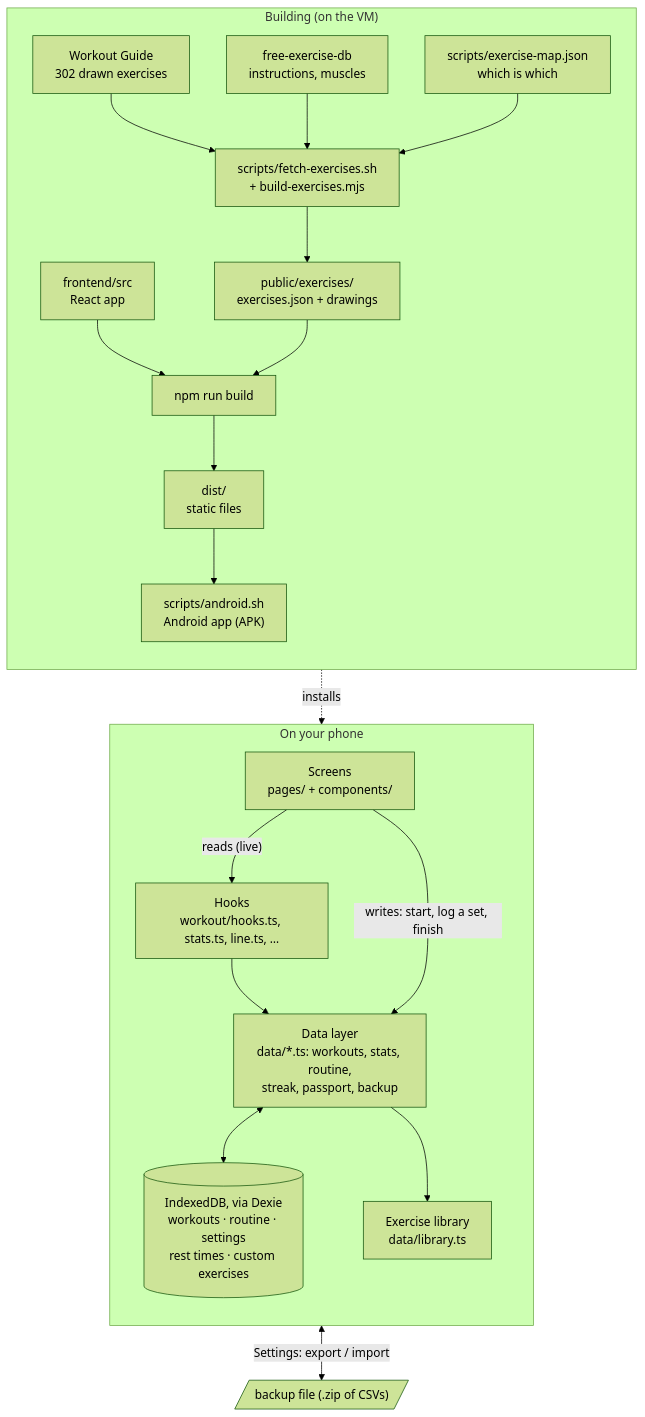
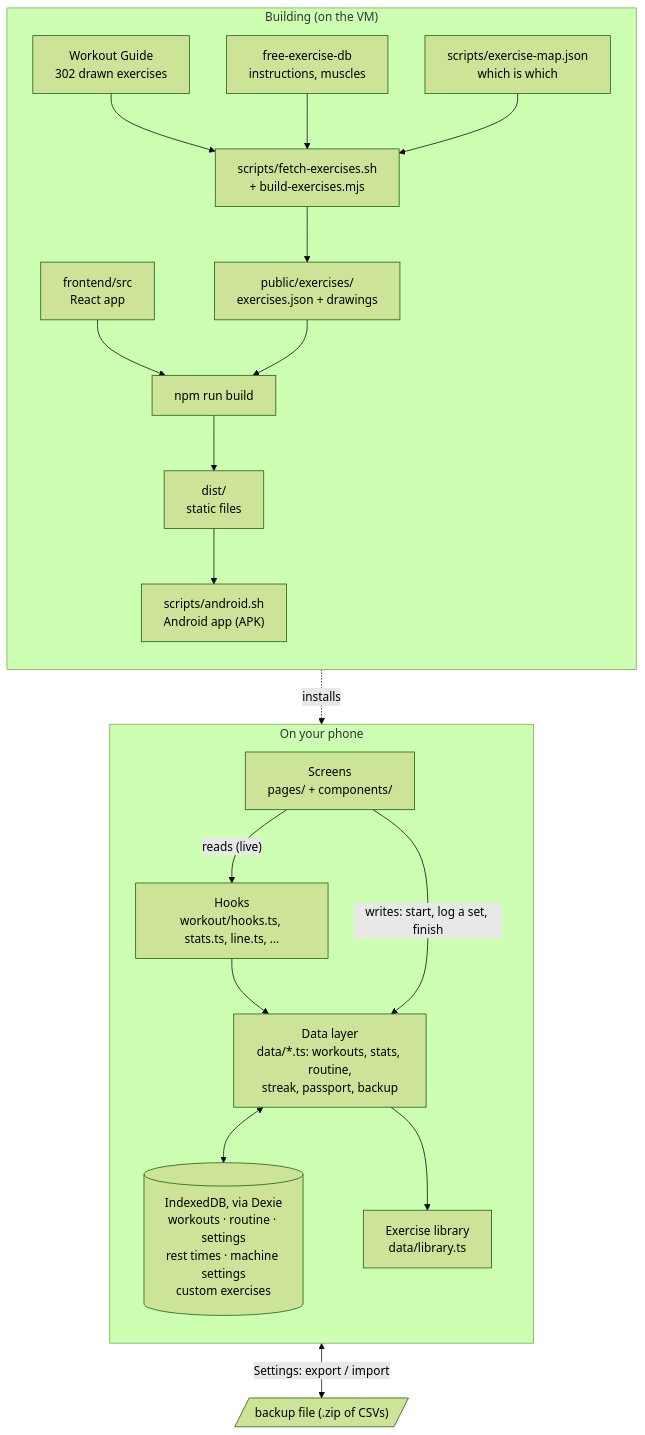
The first of 3 diagrams in docs/how-it-works.md (Wijnandvdm/gains-train), drawn with Mermaid (forest theme) before and after one commit. The commit also changed 15 other files, not shown here.

Commit message:
added machine settings per exercise

````diff
--- a/docs/how-it-works.md
+++ b/docs/how-it-works.md
@@ -11,31 +11,31 @@
 ```mermaid
 flowchart TB
   subgraph build["Building (on the VM)"]
     direction TB
     WG["Workout Guide<br/>302 drawn exercises"] --> BX["scripts/fetch-exercises.sh<br/>+ build-exercises.mjs"]
     FED["free-exercise-db<br/>instructions, muscles"] --> BX
     MAP["scripts/exercise-map.json<br/>which is which"] --> BX
     BX --> LIB["public/exercises/<br/>exercises.json + drawings"]
     SRC["frontend/src<br/>React app"] --> VITE["npm run build"]
     LIB --> VITE
     VITE --> DIST["dist/<br/>static files"]
     DIST --> APK["scripts/android.sh<br/>Android app (APK)"]
   end
 
   subgraph phone["On your phone"]
     direction TB
     UI["Screens<br/>pages/ + components/"]
     HOOKS["Hooks<br/>workout/hooks.ts, stats.ts, line.ts, …"]
     DATA["Data layer<br/>data/*.ts: workouts, stats, routine,<br/>streak, passport, backup"]
-    DB[("IndexedDB, via Dexie<br/>workouts · routine · settings<br/>rest times · custom exercises")]
+    DB[("IndexedDB, via Dexie<br/>workouts · routine · settings<br/>rest times · machine settings<br/>custom exercises")]
     LIBC["Exercise library<br/>data/library.ts"]
     UI -- "reads (live)" --> HOOKS
     HOOKS --> DATA
     UI -- "writes: start, log a set, finish" --> DATA
     DATA <--> DB
     DATA --> LIBC
   end
 
   APK -. installs .-> phone
   DATA <-- "Settings: export / import" --> BACKUP[/"backup file (.zip of CSVs)"/]
 ```
````
